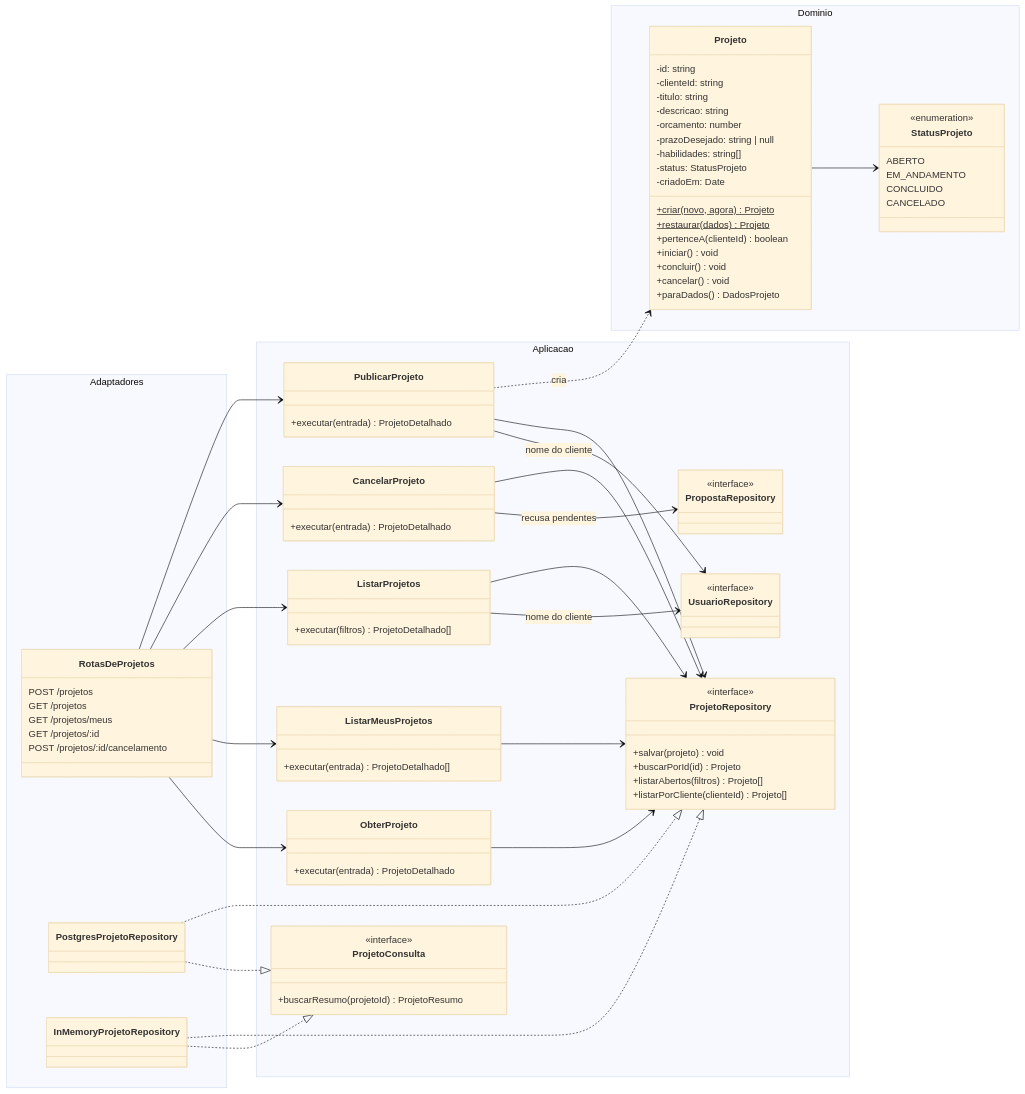
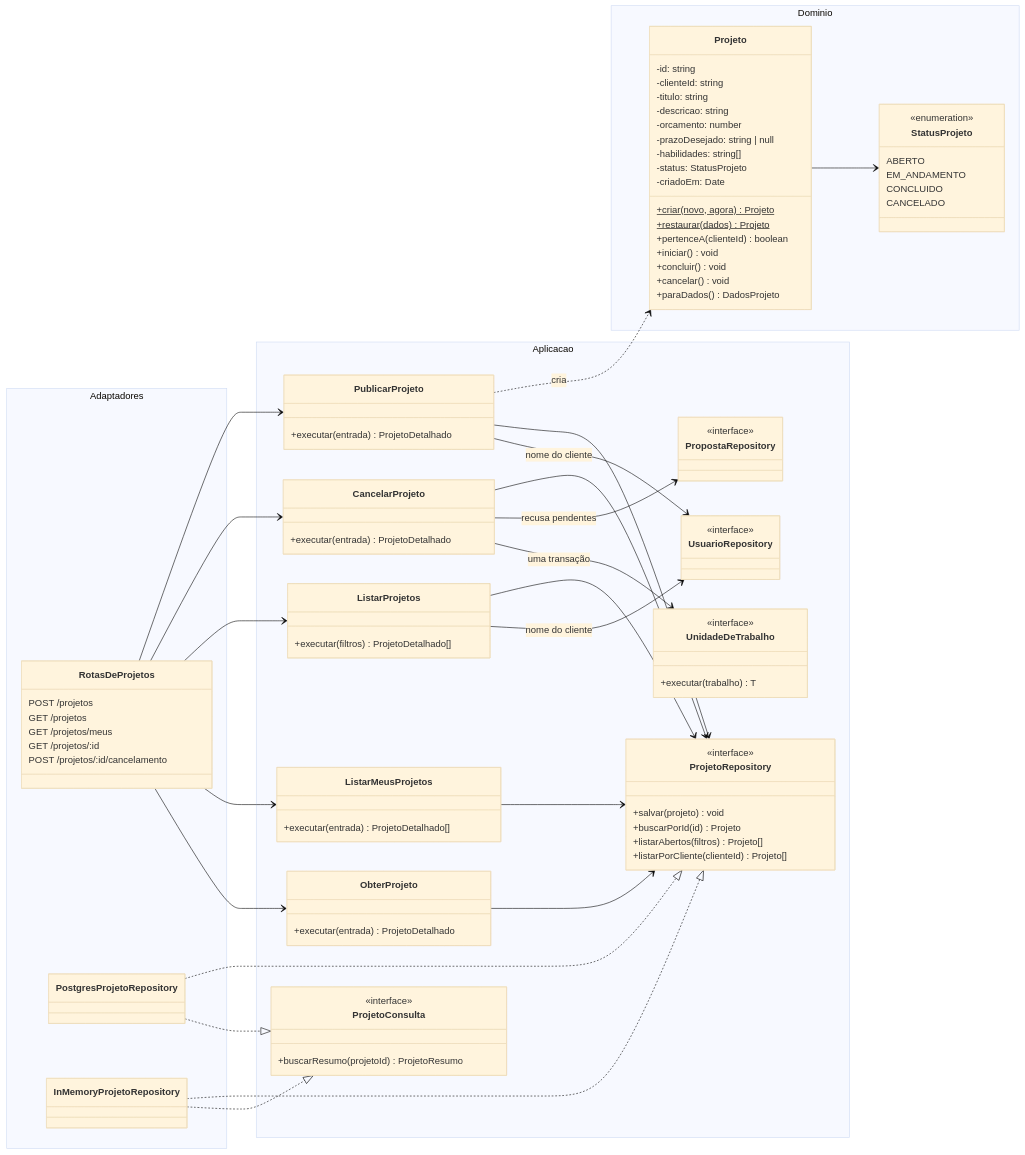
The diagram in docs/c4/codigo/projetos.md (VictorVeras7/FreelaHub), drawn with Mermaid (base theme) before and after one commit. The commit also changed other lines of this file and 3 other files, not shown here.

First line of the commit message:
docs: atualiza ADR-003, API e diagramas com a transacao do cancelamento e as rotas do RF05

```diff
--- a/docs/c4/codigo/projetos.md
+++ b/docs/c4/codigo/projetos.md
@@ -67,6 +67,10 @@
         class UsuarioRepository {
             <<interface>>
         }
+        class UnidadeDeTrabalho {
+            <<interface>>
+            +executar(trabalho) T
+        }
     }
 
     namespace Adaptadores {
@@ -91,6 +95,7 @@
     PublicarProjeto --> ProjetoRepository
     CancelarProjeto --> ProjetoRepository
     CancelarProjeto --> PropostaRepository : recusa pendentes
+    CancelarProjeto --> UnidadeDeTrabalho : uma transação
     ListarProjetos --> ProjetoRepository
     ListarMeusProjetos --> ProjetoRepository
     ObterProjeto --> ProjetoRepository
```
